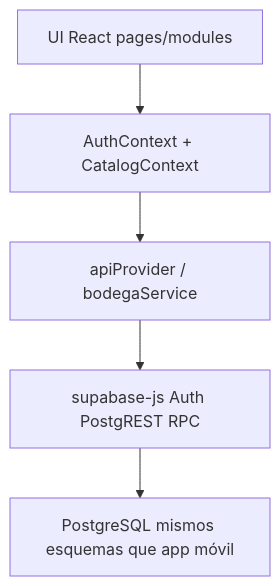
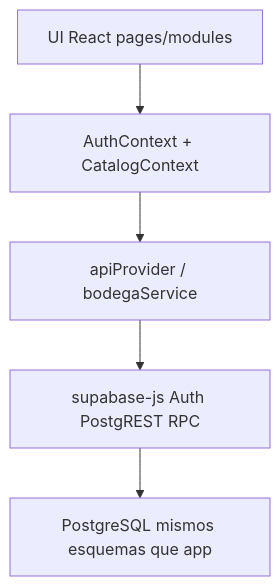
The first of 2 diagrams in docs/02_resumen_tecnico_vizia_web.md (viziasac/web_bodegasantamaria), drawn with Mermaid before and after one commit. The commit also changed other lines of this file and 8 other files, not shown here.

````diff
--- a/docs/02_resumen_tecnico_vizia_web.md
+++ b/docs/02_resumen_tecnico_vizia_web.md
@@ -15,7 +15,7 @@
 ```mermaid
 flowchart TD
   A[UI React pages/modules] --> B[AuthContext + CatalogContext]
   B --> C[apiProvider / bodegaService]
   C --> D[supabase-js Auth PostgREST RPC]
-  D --> E[PostgreSQL mismos esquemas que app móvil]
+  D --> E[PostgreSQL mismos esquemas que app]
 ```
````
